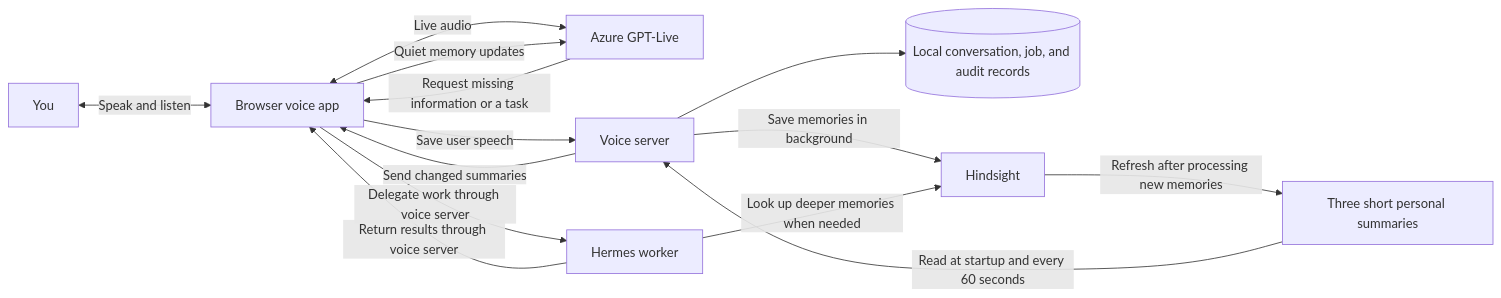
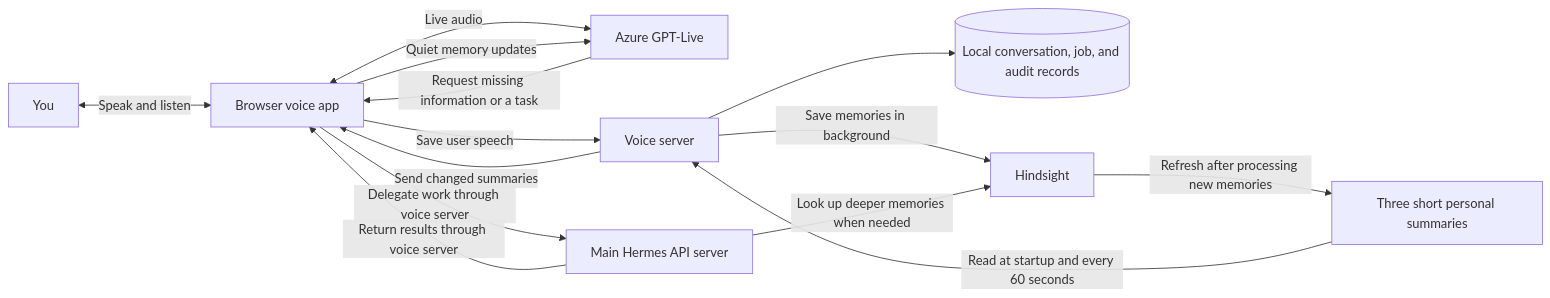
The diagram in README.md (vyente-ruffin/realtime-ai-voice-07-2026), drawn with Mermaid before and after one commit. The commit also changed other lines of this file and 1 other file, not shown here.

First line of the commit message:
Update README and env example for the four voice fixes

````diff
--- a/README.md
+++ b/README.md
@@ -13,16 +16,16 @@
 ```mermaid
 flowchart LR
     U[You] <-->|Speak and listen| B[Browser voice app]
     B <-->|Live audio| A[Azure GPT-Live]
     B -->|Save user speech| V[Voice server]
     V --> Q[(Local conversation, job, and audit records)]
     V -->|Save memories in background| H[Hindsight]
     H -->|Refresh after processing new memories| M[Three short personal summaries]
     M -->|Read at startup and every 60 seconds| V
     V -->|Send changed summaries| B
     B -->|Quiet memory updates| A
     A -->|Request missing information or a task| B
-    B -->|Delegate work through voice server| W[Hermes worker]
+    B -->|Delegate work through voice server| W[Main Hermes API server]
     W -->|Look up deeper memories when needed| H
     W -->|Return results through voice server| B
 ```
````
